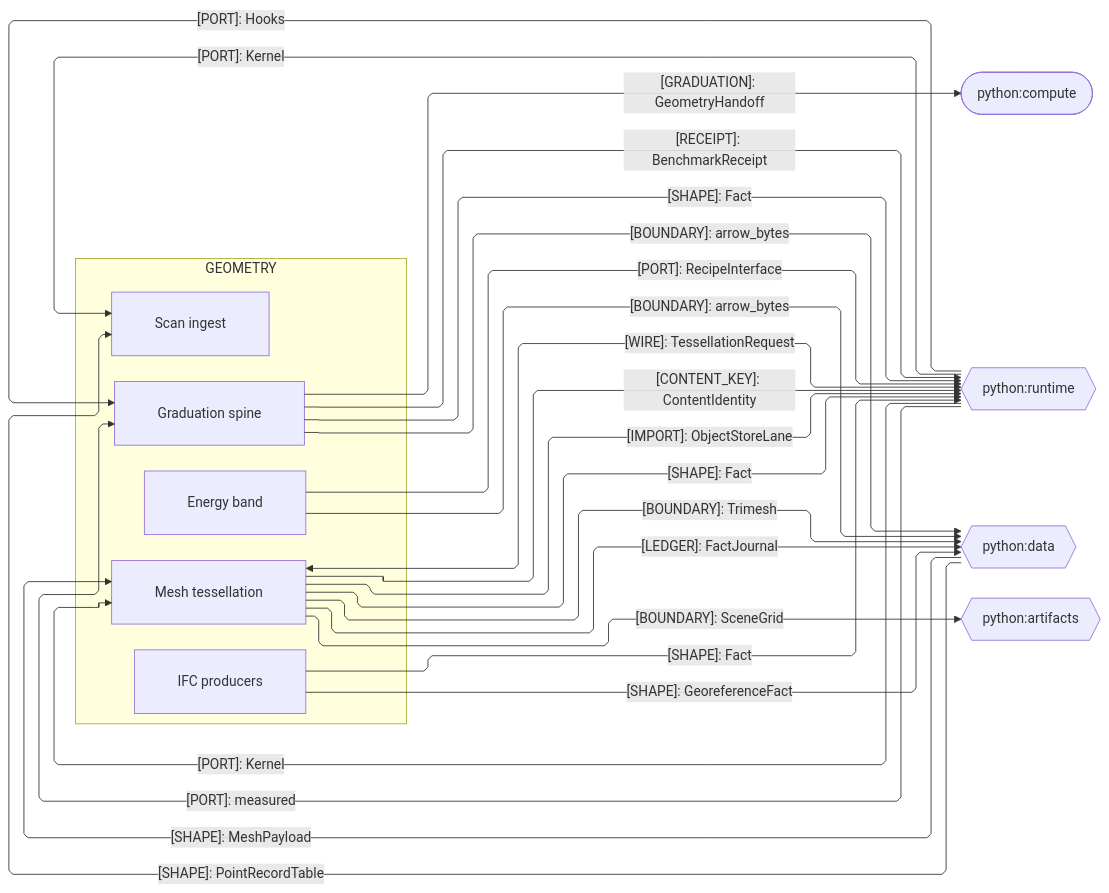
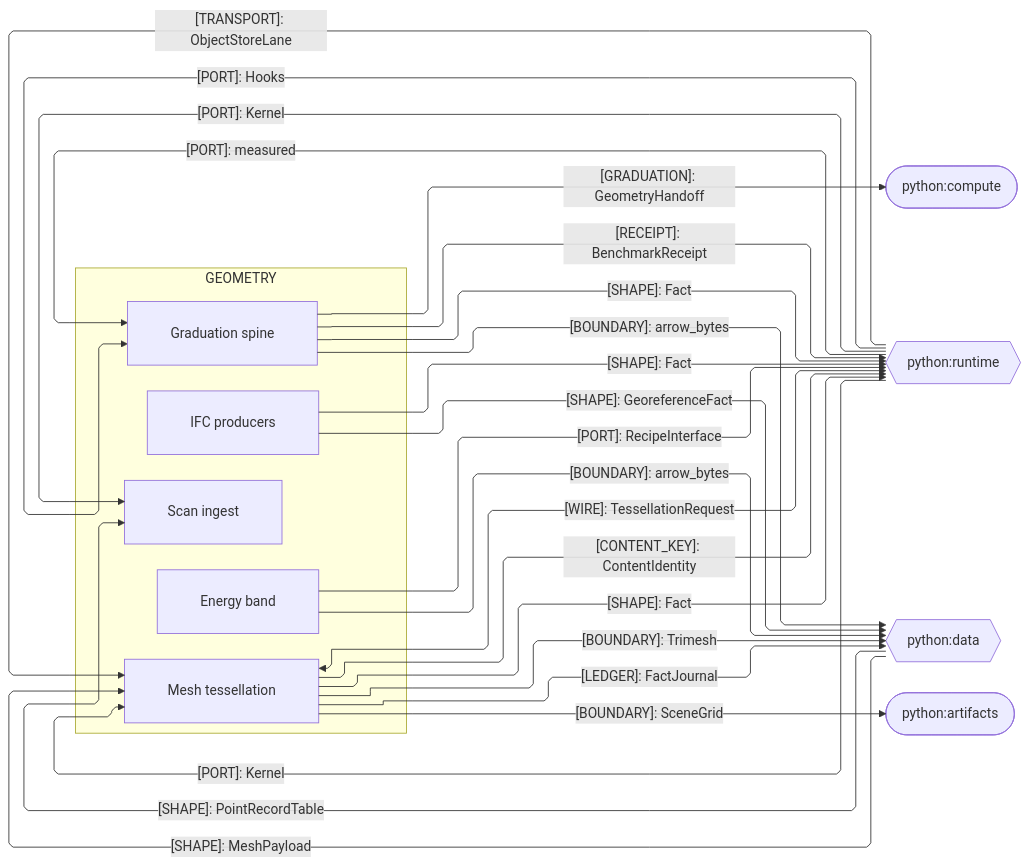
Before and after one commit to bsamiee/Rasm: the third of 4 diagrams in libs/python/geometry/ARCHITECTURE.md, drawn with Mermaid. The commit also changed other lines of this file and 115 other files, not shown here.

````diff
--- a/libs/python/geometry/ARCHITECTURE.md
+++ b/libs/python/geometry/ARCHITECTURE.md
@@ -119,44 +121,44 @@
 ```mermaid
 ---
 config:
   layout: elk
   flowchart:
     curve: linear
     padding: 25
 ---
 flowchart LR
     accTitle: Geometry Python sibling seams
     accDescr: Geometry sub-domain owners exchanging graduation receipts, payloads, ports, and kernel crossings with the Python siblings.
     subgraph geometry[GEOMETRY]
         Graduation[Graduation spine]
         Mesh[Mesh tessellation]
         Ifc[IFC producers]
         Scan[Scan ingest]
         Energy[Energy band]
     end
     Compute([python:compute])
     Runtime{{python:runtime}}
     Data{{python:data}}
-    Artifacts{{python:artifacts}}
+    Artifacts([python:artifacts])
     Graduation e1@-->|"[GRADUATION]: GeometryHandoff"| Compute
-    Graduation e10@-->|"[BOUNDARY]: arrow_bytes"| Data
-    Mesh e2@<-->|"[WIRE]: TessellationRequest"| Runtime
-    Mesh e3@-->|"[CONTENT_KEY]: ContentIdentity"| Runtime
-    Data e4@-->|"[SHAPE]: MeshPayload"| Mesh
-    Mesh e5@-->|"[BOUNDARY]: Trimesh"| Data
-    Mesh e6@-->|"[BOUNDARY]: SceneGrid"| Artifacts
-    Data e7@-->|"[SHAPE]: PointRecordTable"| Scan
-    Energy e8@-->|"[PORT]: RecipeInterface"| Runtime
-    Energy e9@-->|"[BOUNDARY]: arrow_bytes"| Data
+    Graduation e2@-->|"[BOUNDARY]: arrow_bytes"| Data
+    Mesh e3@<-->|"[WIRE]: TessellationRequest"| Runtime
+    Mesh e4@-->|"[CONTENT_KEY]: ContentIdentity"| Runtime
+    Data e5@-->|"[SHAPE]: MeshPayload"| Mesh
+    Mesh e6@-->|"[BOUNDARY]: Trimesh"| Data
+    Mesh e7@-->|"[BOUNDARY]: SceneGrid"| Artifacts
+    Data e8@-->|"[SHAPE]: PointRecordTable"| Scan
+    Energy e9@-->|"[PORT]: RecipeInterface"| Runtime
+    Energy e10@-->|"[BOUNDARY]: arrow_bytes"| Data
     Graduation e11@-->|"[RECEIPT]: BenchmarkReceipt"| Runtime
-    Mesh e16@-->|"[IMPORT]: ObjectStoreLane"| Runtime
-    Mesh e17@-->|"[LEDGER]: FactJournal"| Data
-    Graduation e19@-->|"[SHAPE]: Fact"| Runtime
-    Ifc e18@-->|"[SHAPE]: GeoreferenceFact"| Data
-    Ifc e20@-->|"[SHAPE]: Fact"| Runtime
-    Mesh e21@-->|"[SHAPE]: Fact"| Runtime
-    Runtime e12@-->|"[PORT]: Kernel"| Mesh
-    Runtime e13@-->|"[PORT]: Kernel"| Scan
-    Runtime e14@-->|"[PORT]: measured"| Graduation
-    Runtime e15@-->|"[PORT]: Hooks"| Graduation
+    Runtime e12@-->|"[TRANSPORT]: ObjectStoreLane"| Mesh
+    Mesh e13@-->|"[LEDGER]: FactJournal"| Data
+    Graduation e14@-->|"[SHAPE]: Fact"| Runtime
+    Ifc e15@-->|"[SHAPE]: GeoreferenceFact"| Data
+    Ifc e16@-->|"[SHAPE]: Fact"| Runtime
+    Mesh e17@-->|"[SHAPE]: Fact"| Runtime
+    Runtime e18@-->|"[PORT]: Kernel"| Mesh
+    Runtime e19@-->|"[PORT]: Kernel"| Scan
+    Runtime e20@-->|"[PORT]: measured"| Graduation
+    Runtime e21@-->|"[PORT]: Hooks"| Graduation
 ```
````
